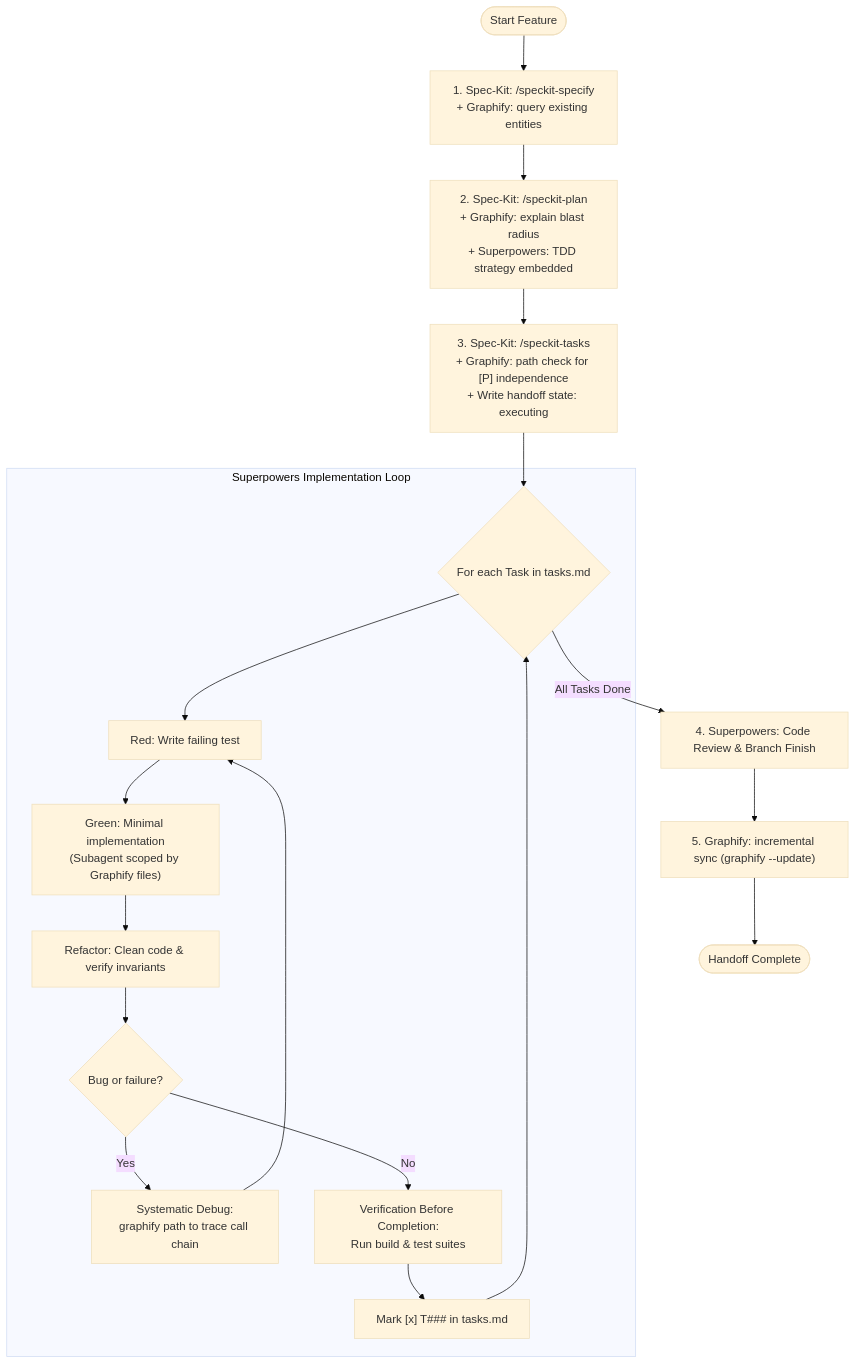
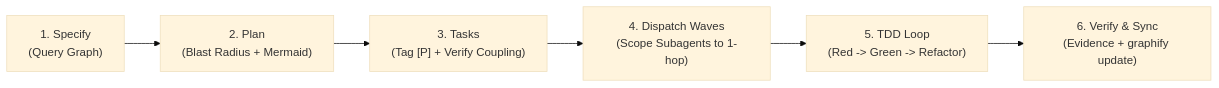
Before and after one commit to maihcx/GSS-Bridge: the second of 3 diagrams in .claude/skills/gss-bridge/SKILL.md, drawn with Mermaid (base theme). The commit also changed other lines of this file and 34 other files, not shown here.

Commit message:
feat: implement GSS-Bug protocol, subagent wave dispatcher, and visual blast radius

````diff
--- a/.claude/skills/gss-bridge/SKILL.md
+++ b/.claude/skills/gss-bridge/SKILL.md
@@ -68,23 +69,8 @@
 ```mermaid
-flowchart TD
-    Start(["Start Feature"]) --> Spec["1. Spec-Kit: /speckit-specify\n+ Graphify: query existing entities"]
-    Spec --> Plan["2. Spec-Kit: /speckit-plan\n+ Graphify: explain blast radius\n+ Superpowers: TDD strategy embedded"]
-    Plan --> Tasks["3. Spec-Kit: /speckit-tasks\n+ Graphify: path check for [P] independence\n+ Write handoff state: executing"]
-    Tasks --> Loop{"For each Task in tasks.md"}
-    
-    subgraph Execution ["Superpowers Implementation Loop"]
-        Loop --> TDD_Red["Red: Write failing test"]
-        TDD_Red --> TDD_Green["Green: Minimal implementation\n(Subagent scoped by Graphify files)"]
-        TDD_Green --> TDD_Refactor["Refactor: Clean code & verify invariants"]
-        TDD_Refactor --> DebugCheck{"Bug or failure?"}
-        DebugCheck -- Yes --> TraceGraph["Systematic Debug:\ngraphify path to trace call chain"]
-        TraceGraph --> TDD_Red
-        DebugCheck -- No --> Verify["Verification Before Completion:\nRun build & test suites"]
-        Verify --> CheckTask["Mark [x] T### in tasks.md"]
-    end
-    
-    CheckTask --> Loop
-    Loop -- "All Tasks Done" --> Review["4. Superpowers: Code Review & Branch Finish"]
-    Review --> GraphSync["5. Graphify: incremental sync (graphify --update)"]
-    GraphSync --> Complete(["Handoff Complete"])
+flowchart LR
+    Spec["1. Specify\n(Query Graph)"] --> Plan["2. Plan\n(Blast Radius + Mermaid)"]
+    Plan --> Tasks["3. Tasks\n(Tag [P] + Verify Coupling)"]
+    Tasks --> Dispatch["4. Dispatch Waves\n(Scope Subagents to 1-hop)"]
+    Dispatch --> TDD["5. TDD Loop\n(Red -> Green -> Refactor)"]
+    TDD --> Verify["6. Verify & Sync\n(Evidence + graphify update)"]
 ```
````
